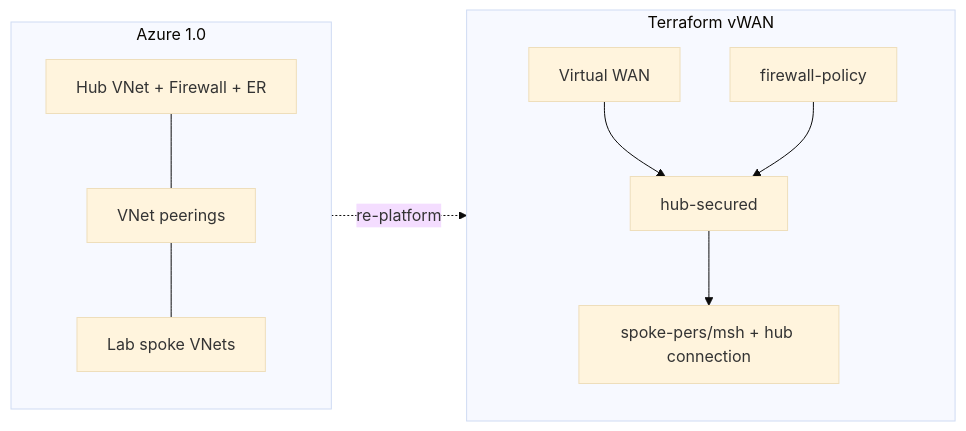
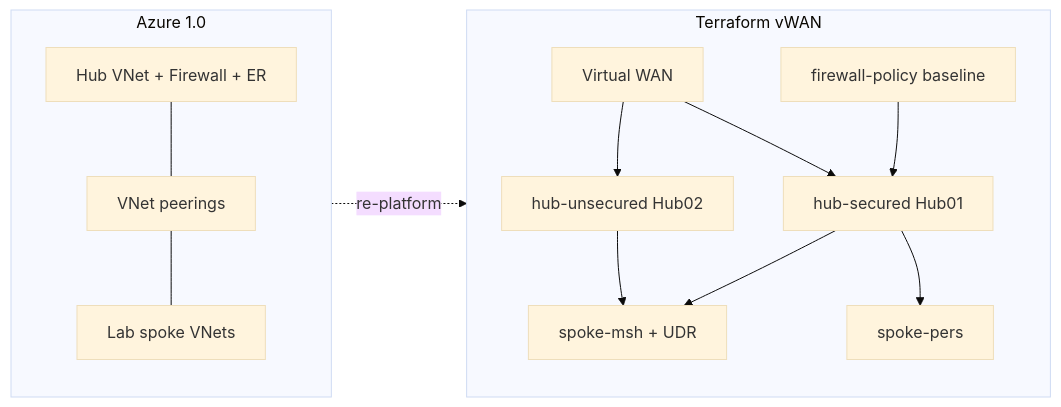
One commit to RootsReps420/AzTF_vWAN changed the fourth of 4 diagrams in docs/plans/02-azure-1.0-to-terraform-migration.md. Above: the diagram before and after it, drawn with Mermaid (base theme). The commit also changed other lines of this file and 1 other file, not shown here.

````diff
--- a/docs/plans/02-azure-1.0-to-terraform-migration.md
+++ b/docs/plans/02-azure-1.0-to-terraform-migration.md
@@ -149,18 +203,23 @@
 ```mermaid
 flowchart LR
   subgraph legacy [Azure 1.0]
     hubv[Hub VNet + Firewall + ER]
     peer[VNet peerings]
     labs[Lab spoke VNets]
     hubv --- peer --- labs
   end
   subgraph new [Terraform vWAN]
     vwan[Virtual WAN]
-    hs[hub-secured]
-    fp[firewall-policy]
-    sp["spoke-pers/msh + hub connection"]
-    vwan --> hs --> sp
+    hs[hub-secured Hub01]
+    hu[hub-unsecured Hub02]
+    fp[firewall-policy baseline]
+    spPers[spoke-pers]
+    spMsh[spoke-msh + UDR]
+    vwan --> hs --> spPers
+    vwan --> hu
+    hs --> spMsh
+    hu --> spMsh
     fp --> hs
   end
   legacy -.re-platform.-> new
 ```
````
